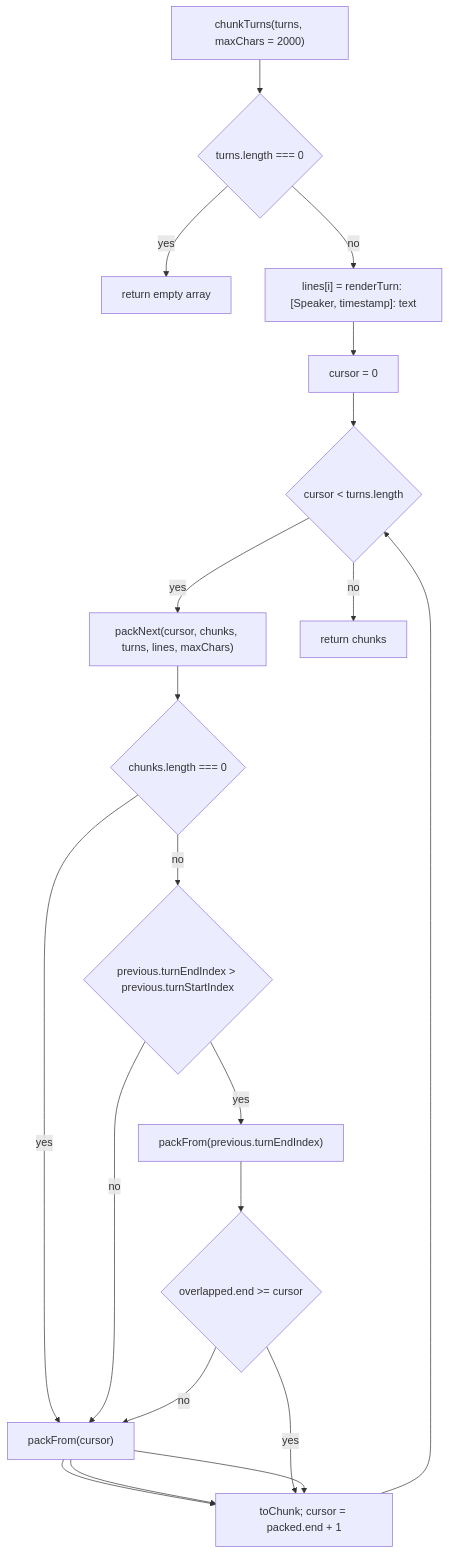
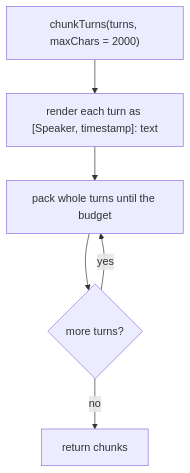
One commit to adamrefaey/meeting-intelligence changed the third of 6 diagrams in docs/flows/ingestion.md. Above: the diagram before and after it, drawn with Mermaid. The commit also changed other lines of this file and 2 other files, not shown here.

````diff
--- a/docs/flows/ingestion.md
+++ b/docs/flows/ingestion.md
@@ -144,30 +65,12 @@
 ```mermaid
 flowchart TD
   start["chunkTurns(turns, maxChars = 2000)"]
-  empty{"turns.length === 0"}
-  none["return empty array"]
-  lines["lines[i] = renderTurn: [Speaker, timestamp]: text"]
-  cursor["cursor = 0"]
-  more{"cursor < turns.length"}
-  packNext["packNext(cursor, chunks, turns, lines, maxChars)"]
-  first{"chunks.length === 0"}
-  fromCursor["packFrom(cursor)"]
-  multi{"previous.turnEndIndex > previous.turnStartIndex"}
-  overlap["packFrom(previous.turnEndIndex)"]
-  grew{"overlapped.end >= cursor"}
-  toChunk["toChunk; cursor = packed.end + 1"]
+  lines["render each turn as [Speaker, timestamp]: text"]
+  pack["pack whole turns until the budget"]
+  more{"more turns?"}
   done["return chunks"]
 
-  start --> empty
-  empty -->|yes| none
-  empty -->|no| lines --> cursor --> more
+  start --> lines --> pack --> more
+  more -->|yes| pack
   more -->|no| done
-  more -->|yes| packNext --> first
-  first -->|yes| fromCursor --> toChunk
-  first -->|no| multi
-  multi -->|no| fromCursor --> toChunk
-  multi -->|yes| overlap --> grew
-  grew -->|yes| toChunk
-  grew -->|no| fromCursor --> toChunk
-  toChunk --> more
 ```
````
